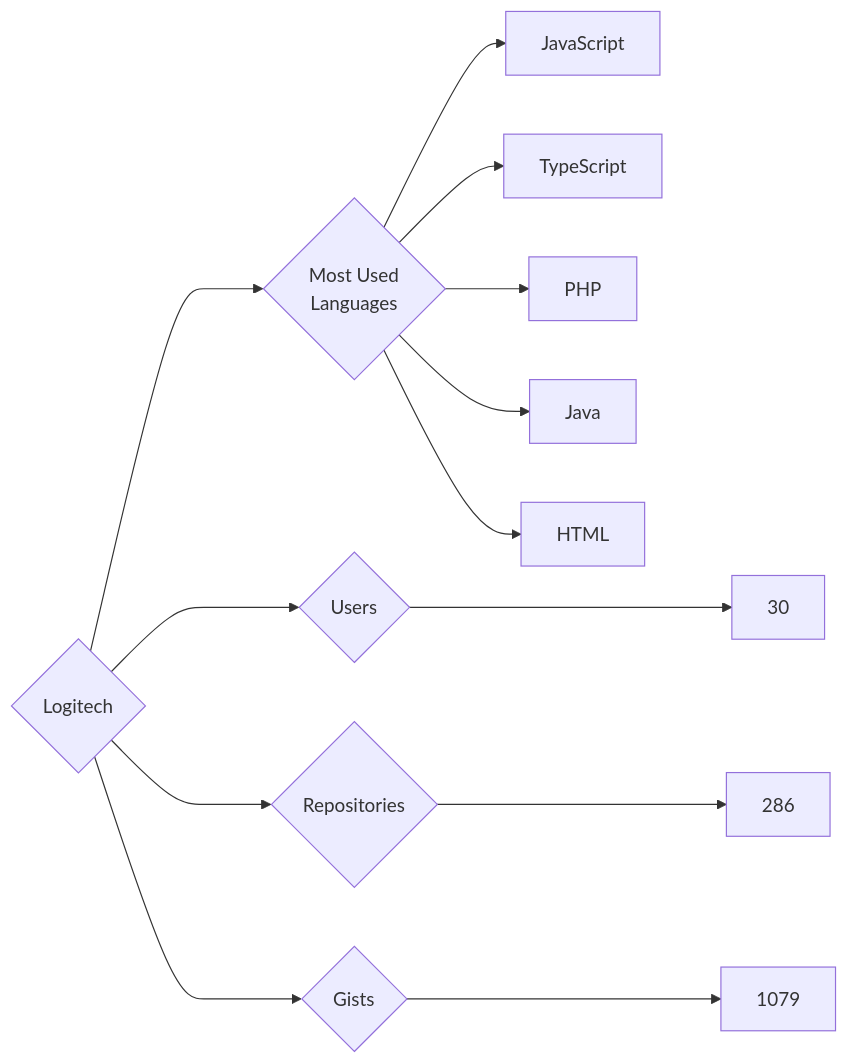
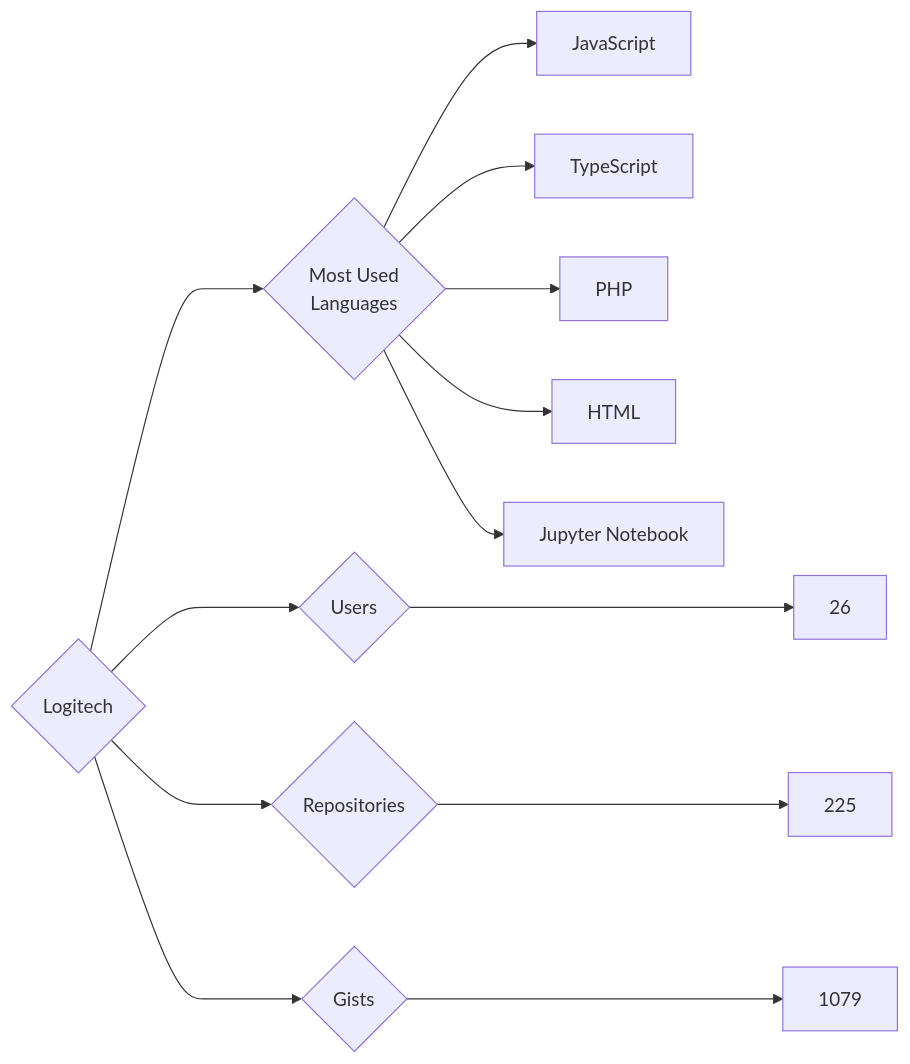
One commit to trickest/insiders changed the diagram in targets/Logitech/README.md. Above: the diagram before and after it, drawn with Mermaid. The commit also changed 873 other files, not shown here.

````diff
--- a/targets/Logitech/README.md
+++ b/targets/Logitech/README.md
@@ -3,13 +3,13 @@
 ```mermaid
 graph LR
 COMPANY_NAME{Logitech}
-COMPANY_NAME ---> U{Users} ---> UN[30]
-COMPANY_NAME ---> R{Repositories} ---> RN[286]
+COMPANY_NAME ---> U{Users} ---> UN[26]
+COMPANY_NAME ---> R{Repositories} ---> RN[225]
 COMPANY_NAME ---> G{Gists} ---> GN[1079]
 COMPANY_NAME ---> ML{Most Used<br>Languages}
 ML --> JavaScript[JavaScript]
 ML --> TypeScript[TypeScript]
 ML --> PHP[PHP]
-ML --> Java[Java]
 ML --> HTML[HTML]
+ML --> Jupyter_Notebook[Jupyter Notebook]
 ```
````
